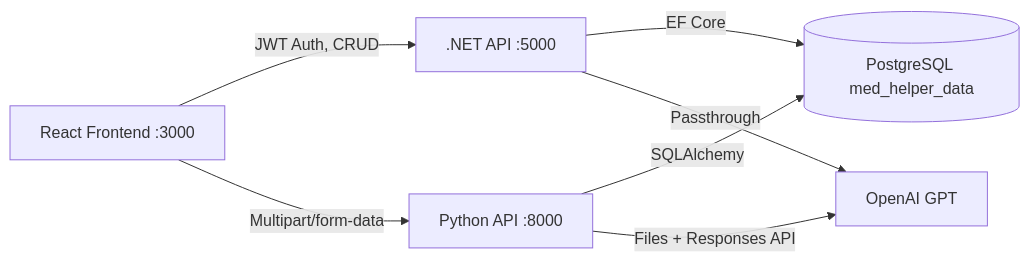
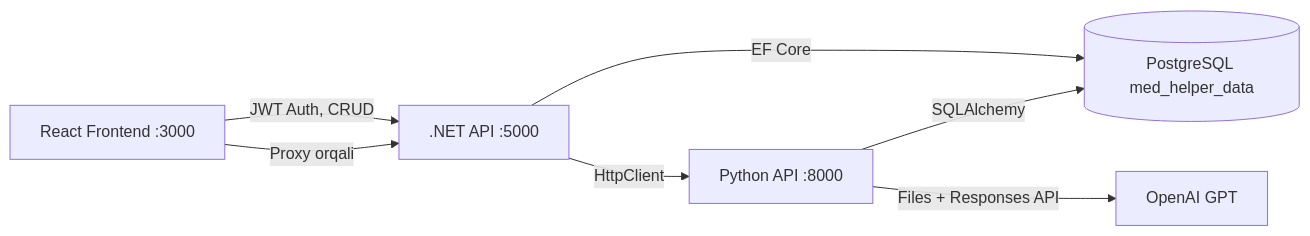
Before and after one commit to Rahmonbek/ekg_tahlili_app: the diagram in .specify/memory/constitution.md, drawn with Mermaid. The commit also changed other lines of this file and 50 other files, not shown here.

````diff
--- a/.specify/memory/constitution.md
+++ b/.specify/memory/constitution.md
@@ -165,9 +212,9 @@
 ```mermaid
 graph LR
     FE[React Frontend :3000] -->|JWT Auth, CRUD| NET[.NET API :5000]
-    FE -->|Multipart/form-data| PY[Python API :8000]
+    FE -->|Proxy orqali| NET
+    NET -->|HttpClient| PY[Python API :8000]
     NET -->|EF Core| DB[(PostgreSQL med_helper_data)]
     PY -->|SQLAlchemy| DB
     PY -->|Files + Responses API| OAI[OpenAI GPT]
-    NET -->|Passthrough| OAI
 ```
````
